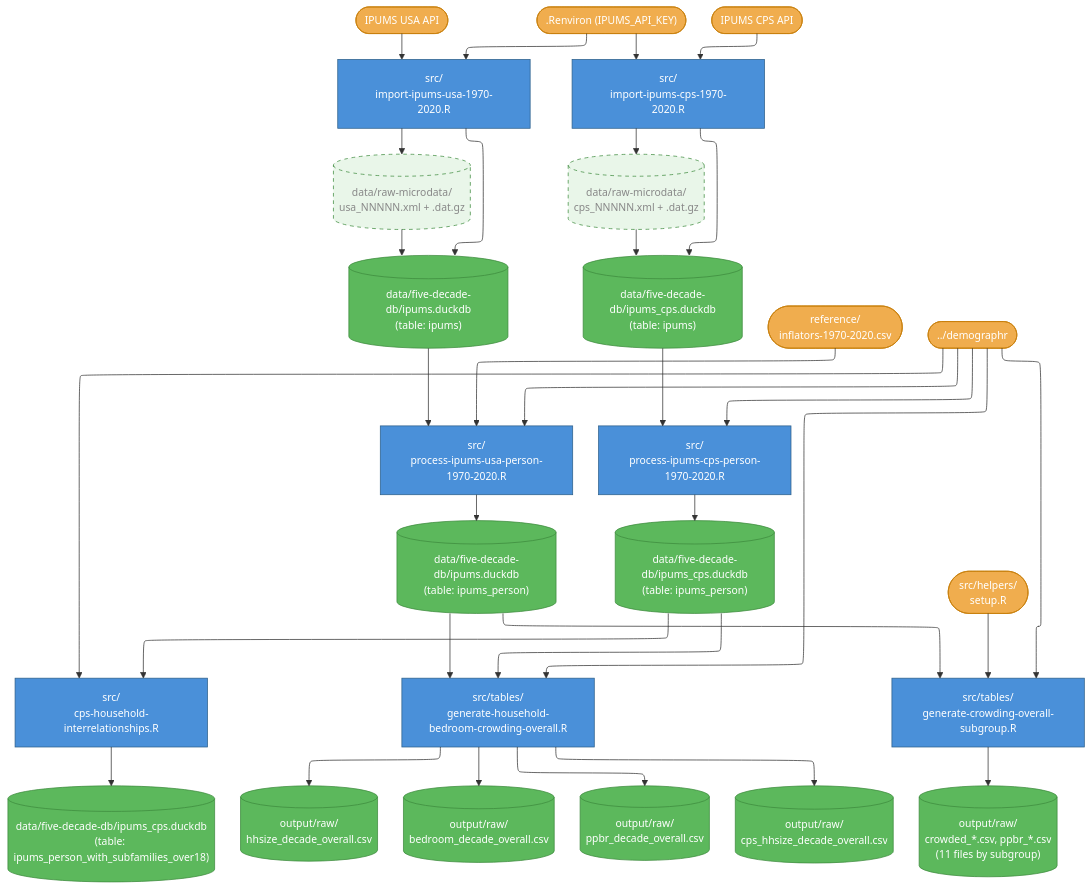
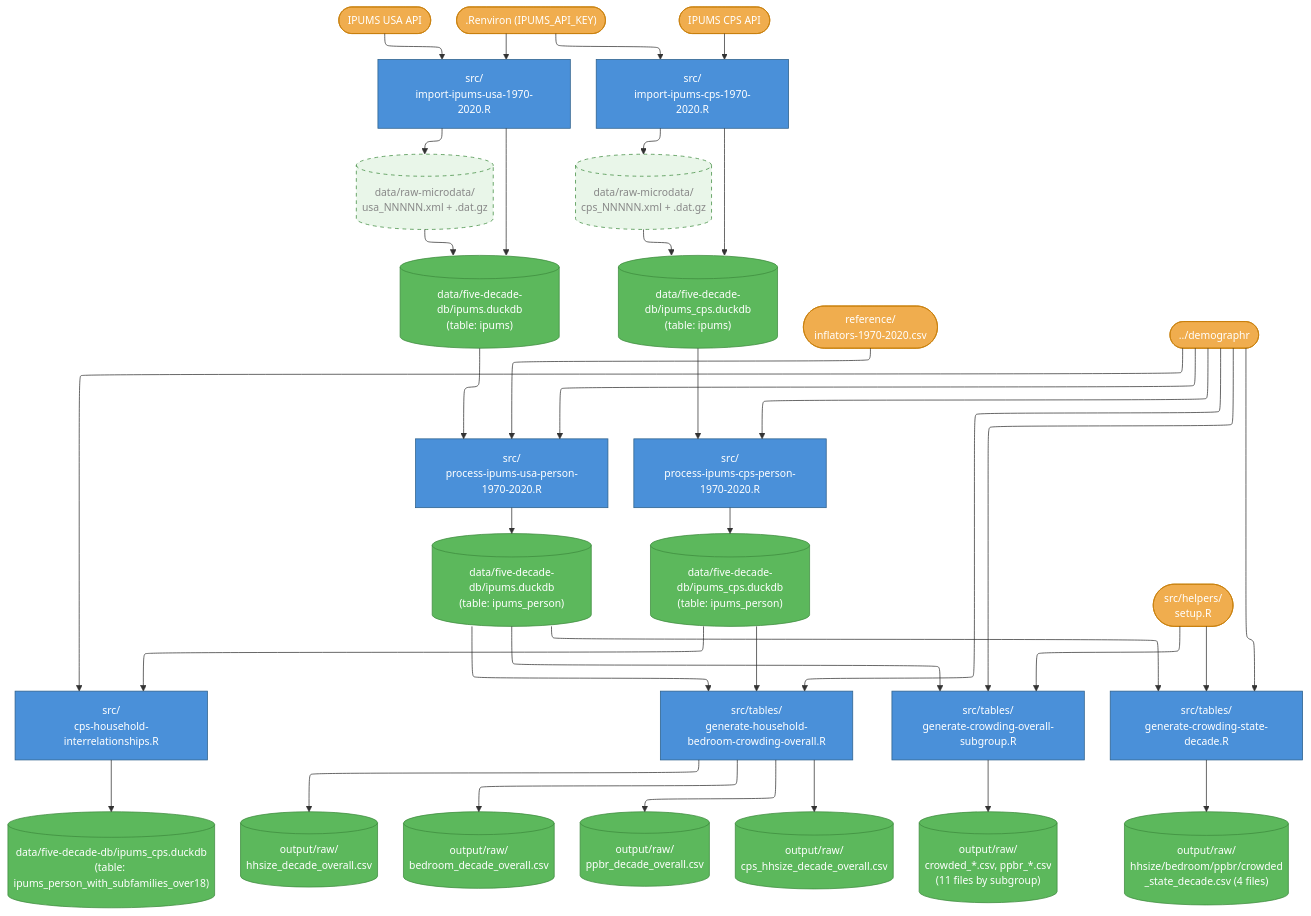
One commit to lorae/households-over-the-years changed the diagram in households-over-the-years/Data flow.md. Above: the diagram before and after it, drawn with Mermaid. The commit also changed 2 other files, not shown here.

Commit message:
refactor: move generate-crowding-state-decade to src/tables/, add header and diagram entry

````diff
--- a/households-over-the-years/Data flow.md
+++ b/households-over-the-years/Data flow.md
@@ -99,4 +99,13 @@
     demographr --> gen_crowding_subgroup
     setup --> gen_crowding_subgroup
     gen_crowding_subgroup --> crowding_subgroup_csvs
+
+    %% --- Tables: crowding by state and decade ---
+    gen_crowding_state["src/tables/<br>generate-crowding-state-decade.R"]:::script
+    crowding_state_csvs[("output/raw/<br>hhsize/bedroom/ppbr/crowded<br>_state_decade.csv (4 files)")]:::data
+
+    ipums_person_db --> gen_crowding_state
+    demographr --> gen_crowding_state
+    setup --> gen_crowding_state
+    gen_crowding_state --> crowding_state_csvs
 ```
````
